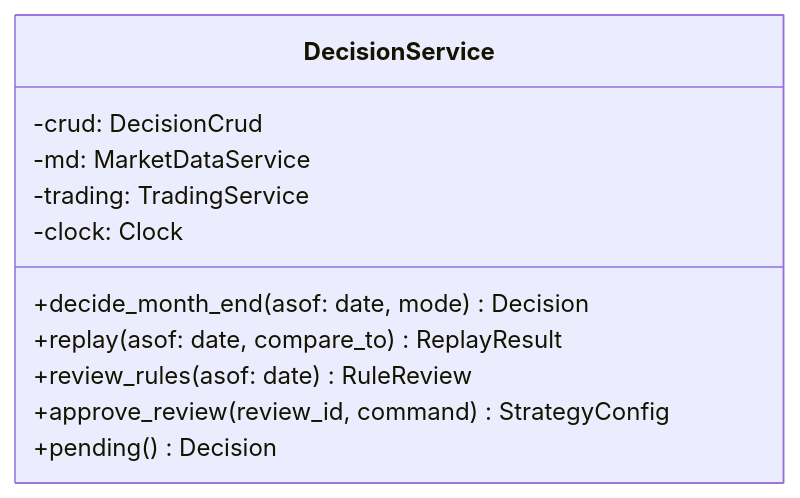
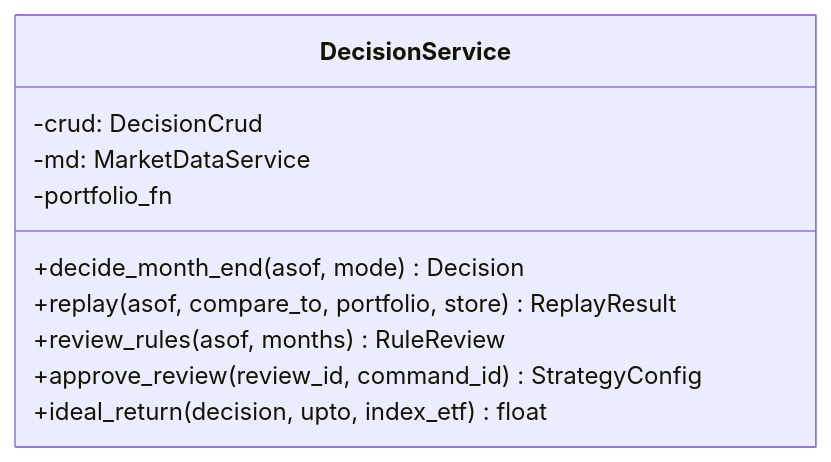
The seventh of 17 diagrams in docs/specs/06-DOM/QBOT-DOM-002.md (HoyoungParkme/quant-rebalance-bot), drawn with Mermaid before and after one commit. The commit also changed other lines of this file, not shown here.

````diff
--- a/docs/specs/06-DOM/QBOT-DOM-002.md
+++ b/docs/specs/06-DOM/QBOT-DOM-002.md
@@ -219,14 +213,13 @@
 ```mermaid
 classDiagram
   class DecisionService {
     -crud: DecisionCrud
     -md: MarketDataService
-    -trading: TradingService
-    -clock: Clock
-    +decide_month_end(asof: date, mode) Decision
-    +replay(asof: date, compare_to) ReplayResult
-    +review_rules(asof: date) RuleReview
-    +approve_review(review_id, command) StrategyConfig
-    +pending() Decision
+    -portfolio_fn
+    +decide_month_end(asof, mode) Decision
+    +replay(asof, compare_to, portfolio, store) ReplayResult
+    +review_rules(asof, months) RuleReview
+    +approve_review(review_id, command_id) StrategyConfig
+    +ideal_return(decision, upto, index_etf) float
   }
 ```
````
